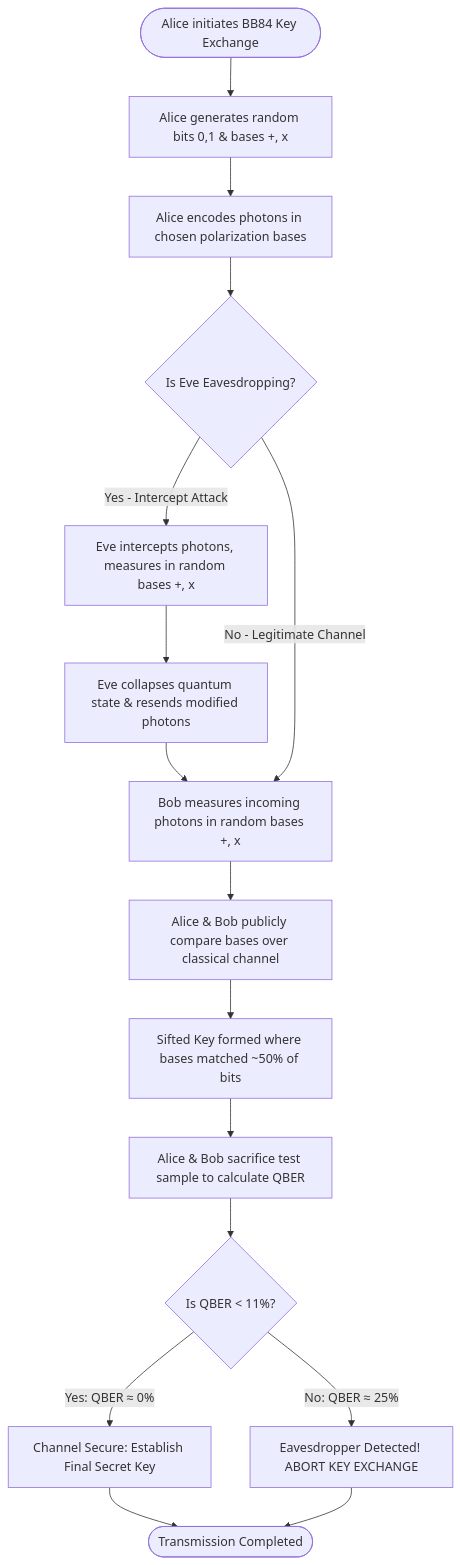
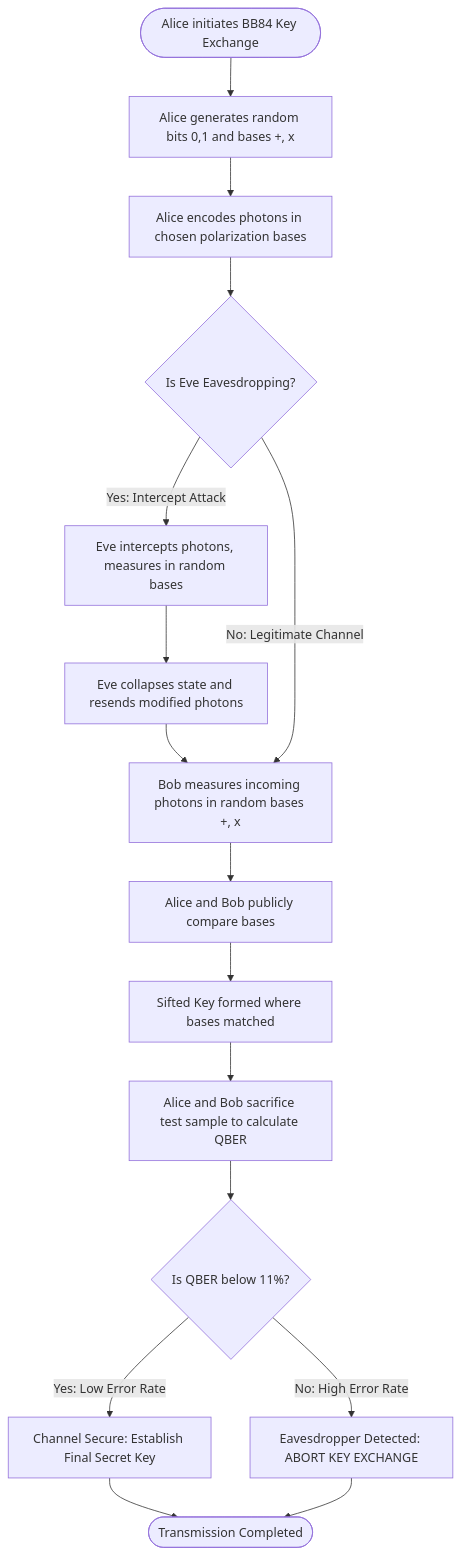
One commit to Sh-aran13/QVerse-Quantum-Computing-Research-Security-Platform changed the third of 5 diagrams in README.md. Above: the diagram before and after it, drawn with Mermaid. The commit also changed other lines of this file, not shown here.

````diff
--- a/README.md
+++ b/README.md
@@ -268,23 +268,23 @@
 ```mermaid
 flowchart TD
-    Start([Alice initiates BB84 Key Exchange]) --> Step1[Alice generates random bits 0,1 & bases +, x]
-    Step1 --> Step2[Alice encodes photons in chosen polarization bases]
-    Step2 --> EveCheck{Is Eve Eavesdropping?}
+    Start(["Alice initiates BB84 Key Exchange"]) --> Step1["Alice generates random bits 0,1 and bases +, x"]
+    Step1 --> Step2["Alice encodes photons in chosen polarization bases"]
+    Step2 --> EveCheck{"Is Eve Eavesdropping?"}
 
-    EveCheck -->|Yes - Intercept Attack| EveIntercept[Eve intercepts photons, measures in random bases +, x]
-    EveIntercept --> EveResend[Eve collapses quantum state & resends modified photons]
-    EveResend --> BobMeasure[Bob measures incoming photons in random bases +, x]
+    EveCheck -->|"Yes: Intercept Attack"| EveIntercept["Eve intercepts photons, measures in random bases"]
+    EveIntercept --> EveResend["Eve collapses state and resends modified photons"]
+    EveResend --> BobMeasure["Bob measures incoming photons in random bases +, x"]
 
-    EveCheck -->|No - Legitimate Channel| BobMeasure
+    EveCheck -->|"No: Legitimate Channel"| BobMeasure
 
-    BobMeasure --> Sift[Alice & Bob publicly compare bases over classical channel]
-    Sift --> SiftKey[Sifted Key formed where bases matched ~50% of bits]
-    SiftKey --> SampleTest[Alice & Bob sacrifice test sample to calculate QBER]
+    BobMeasure --> Sift["Alice and Bob publicly compare bases"]
+    Sift --> SiftKey["Sifted Key formed where bases matched"]
+    SiftKey --> SampleTest["Alice and Bob sacrifice test sample to calculate QBER"]
     
-    SampleTest --> QBERCalc{Is QBER < 11%?}
-    QBERCalc -->|Yes: QBER ≈ 0%| SecureKey[Channel Secure: Establish Final Secret Key]
-    QBERCalc -->|No: QBER ≈ 25%| AbortChannel[Eavesdropper Detected! ABORT KEY EXCHANGE]
+    SampleTest --> QBERCalc{"Is QBER below 11%?"}
+    QBERCalc -->|"Yes: Low Error Rate"| SecureKey["Channel Secure: Establish Final Secret Key"]
+    QBERCalc -->|"No: High Error Rate"| AbortChannel["Eavesdropper Detected: ABORT KEY EXCHANGE"]
 
-    SecureKey --> End([Transmission Completed])
+    SecureKey --> End(["Transmission Completed"])
     AbortChannel --> End
 ```
````
